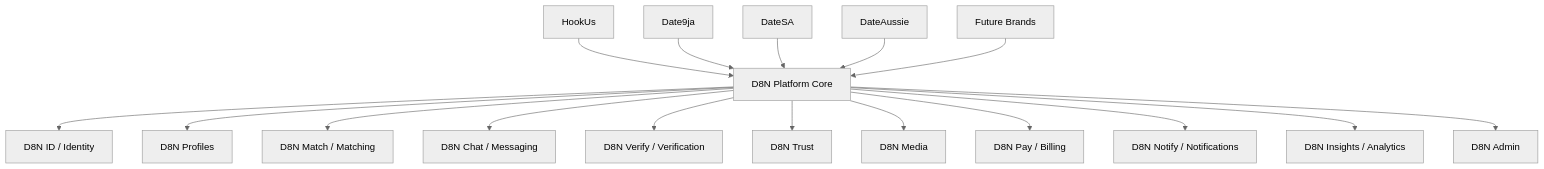
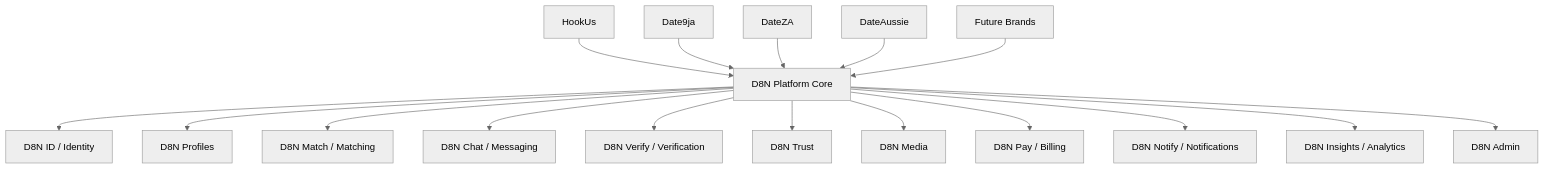
Before and after one commit to nwakauc/d8n: the first of 8 diagrams in docs/ARCHITECTURE_DIAGRAMS.md, drawn with Mermaid (neutral theme). The commit also changed other lines of this file and 59 other files, not shown here.

````diff
--- a/docs/ARCHITECTURE_DIAGRAMS.md
+++ b/docs/ARCHITECTURE_DIAGRAMS.md
@@ -11,22 +11,22 @@
 ```mermaid
 flowchart TB
   D8N[D8N Platform Core]
 
   D8N --> Identity[D8N ID / Identity]
   D8N --> Profiles[D8N Profiles]
   D8N --> Match[D8N Match / Matching]
   D8N --> Chat[D8N Chat / Messaging]
   D8N --> Verify[D8N Verify / Verification]
   D8N --> Trust[D8N Trust]
   D8N --> Media[D8N Media]
   D8N --> Pay[D8N Pay / Billing]
   D8N --> Notify[D8N Notify / Notifications]
   D8N --> Insights[D8N Insights / Analytics]
   D8N --> Admin[D8N Admin]
 
   HookUs[HookUs] --> D8N
   Date9ja[Date9ja] --> D8N
-  DateSA[DateSA] --> D8N
+  DateZA[DateZA] --> D8N
   DateAussie[DateAussie] --> D8N
   Future[Future Brands] --> D8N
 ```
````
